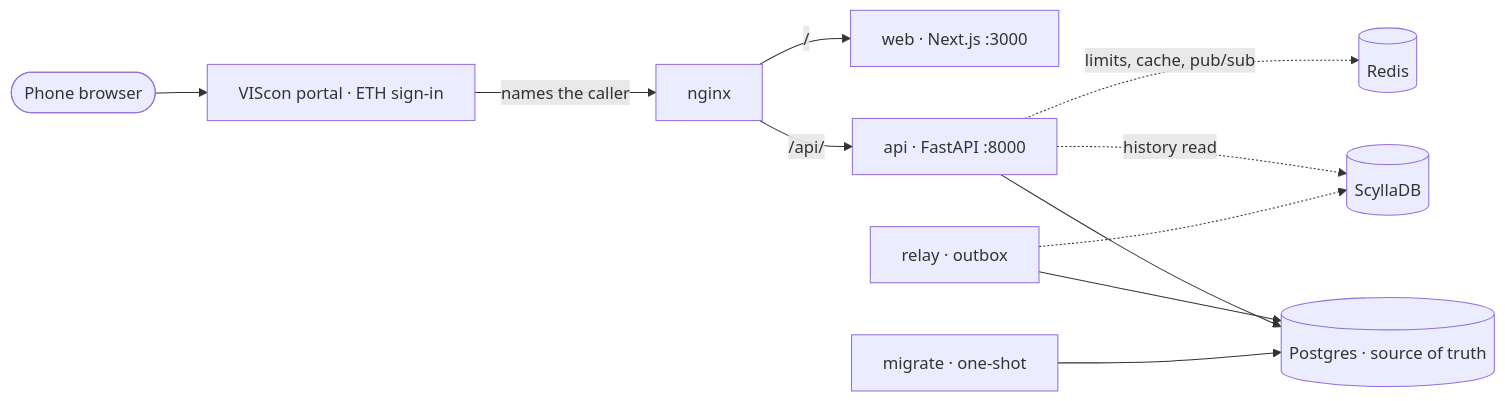
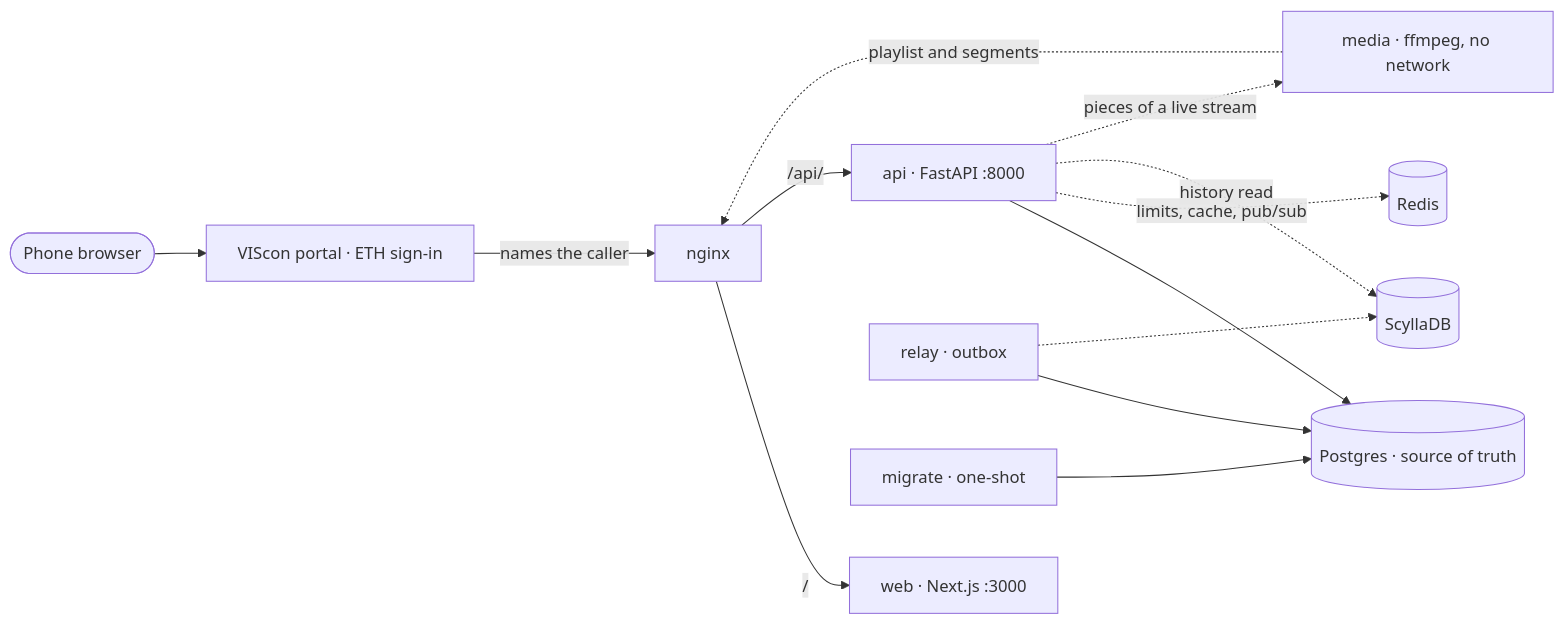
Before and after one commit to the-quant-larp-has-no-end/MarkETH: the third of 3 diagrams in docs/SPEC.md, drawn with Mermaid. The commit also changed other lines of this file and 207 other files, not shown here.

````diff
--- a/docs/SPEC.md
+++ b/docs/SPEC.md
@@ -300,13 +345,15 @@
 ```mermaid
 flowchart LR
     phone([Phone browser]) --> portal[VIScon portal · ETH sign-in]
     portal -->|names the caller| nginx
     nginx -->|/| web[web · Next.js :3000]
     nginx -->|/api/| api[api · FastAPI :8000]
     api --> postgres[(Postgres · source of truth)]
     api -.->|limits, cache, pub/sub| redis[(Redis)]
     api -.->|history read| scylla[(ScyllaDB)]
     relay[relay · outbox] --> postgres
     relay -.-> scylla
     migrate[migrate · one-shot] --> postgres
+    api -.->|pieces of a live stream| media[media · ffmpeg, no network]
+    media -.->|playlist and segments| nginx
 ```
````
